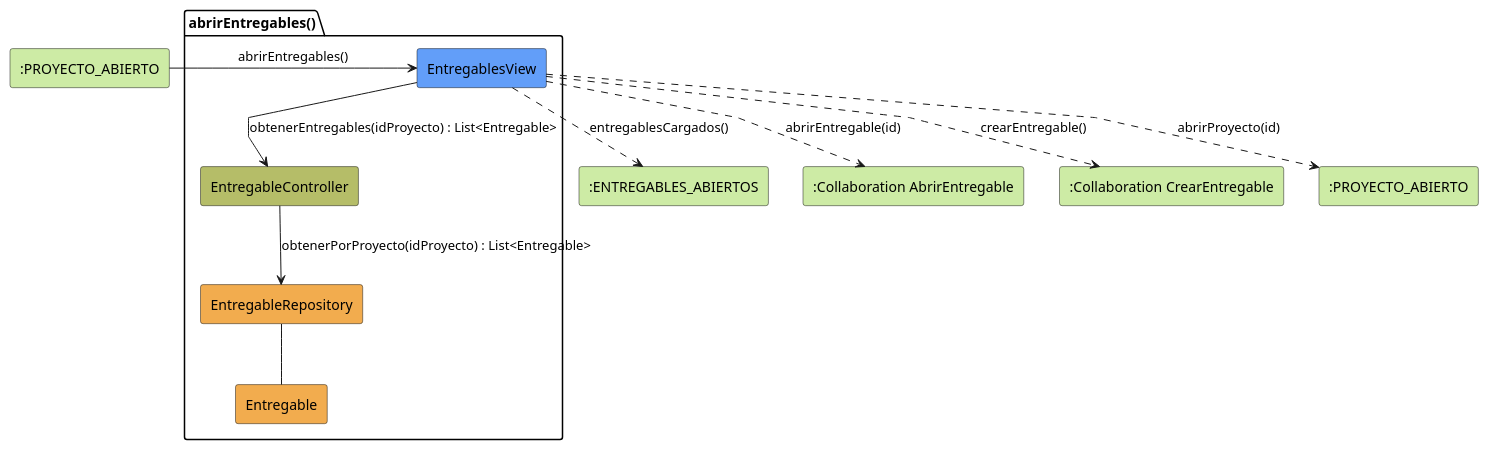
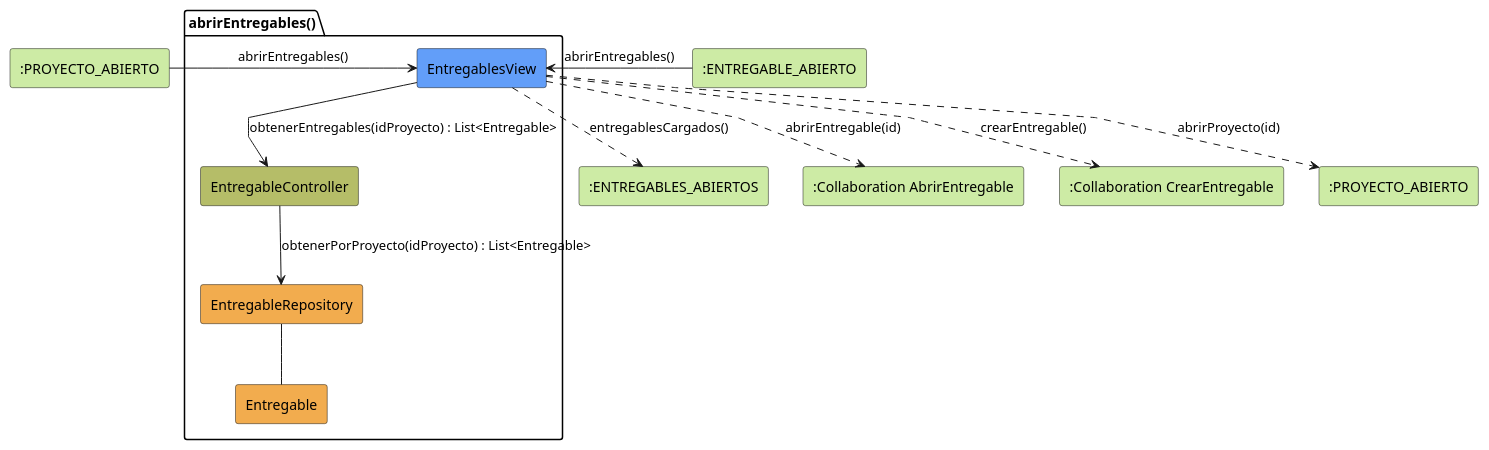
The diagram in modelosUML/analisis/coordinador/abrirEntregables.puml (31Diego/25-26-idsw2-sdVC), drawn with PlantUML before and after one commit. The commit also changed 12 other files, not shown here.

Commit message:
fix: entradas secundarias faltantes en diagramas de coordinador

```diff
--- a/modelosUML/analisis/coordinador/abrirEntregables.puml
+++ b/modelosUML/analisis/coordinador/abrirEntregables.puml
@@ -1,31 +1,33 @@
 @startuml abrirEntregables-analisis
 skinparam linetype polyline
 
 rectangle #CDEBA5 ":PROYECTO_ABIERTO" as ProyectoAbierto
+rectangle #CDEBA5 ":ENTREGABLE_ABIERTO" as EntregableAbiertoEntrada
 
 package abrirEntregables as "abrirEntregables()" {
     rectangle #629EF9 EntregablesView
     rectangle #b5bd68 EntregableController
     rectangle #F2AC4E EntregableRepository
     rectangle #F2AC4E Entregable
 }
 
 rectangle #CDEBA5 ":ENTREGABLES_ABIERTOS" as EntregablesAbiertos
 rectangle #CDEBA5 ":Collaboration AbrirEntregable" as ColEntregable
 rectangle #CDEBA5 ":Collaboration CrearEntregable" as ColCrear
 rectangle #CDEBA5 ":PROYECTO_ABIERTO" as ProyectoSalida
 
 ProyectoAbierto -r-> EntregablesView: abrirEntregables()
+EntregableAbiertoEntrada -r-> EntregablesView: abrirEntregables()
 
 EntregablesView -d-> EntregableController: obtenerEntregables(idProyecto) : List<Entregable>
 
 EntregableController --> EntregableRepository: obtenerPorProyecto(idProyecto) : List<Entregable>
 
 EntregableRepository -- Entregable
 
 EntregablesView ..> EntregablesAbiertos: entregablesCargados()
 EntregablesView ..> ColEntregable: abrirEntregable(id)
 EntregablesView ..> ColCrear: crearEntregable()
 EntregablesView ..> ProyectoSalida: abrirProyecto(id)
 
 @enduml
```
